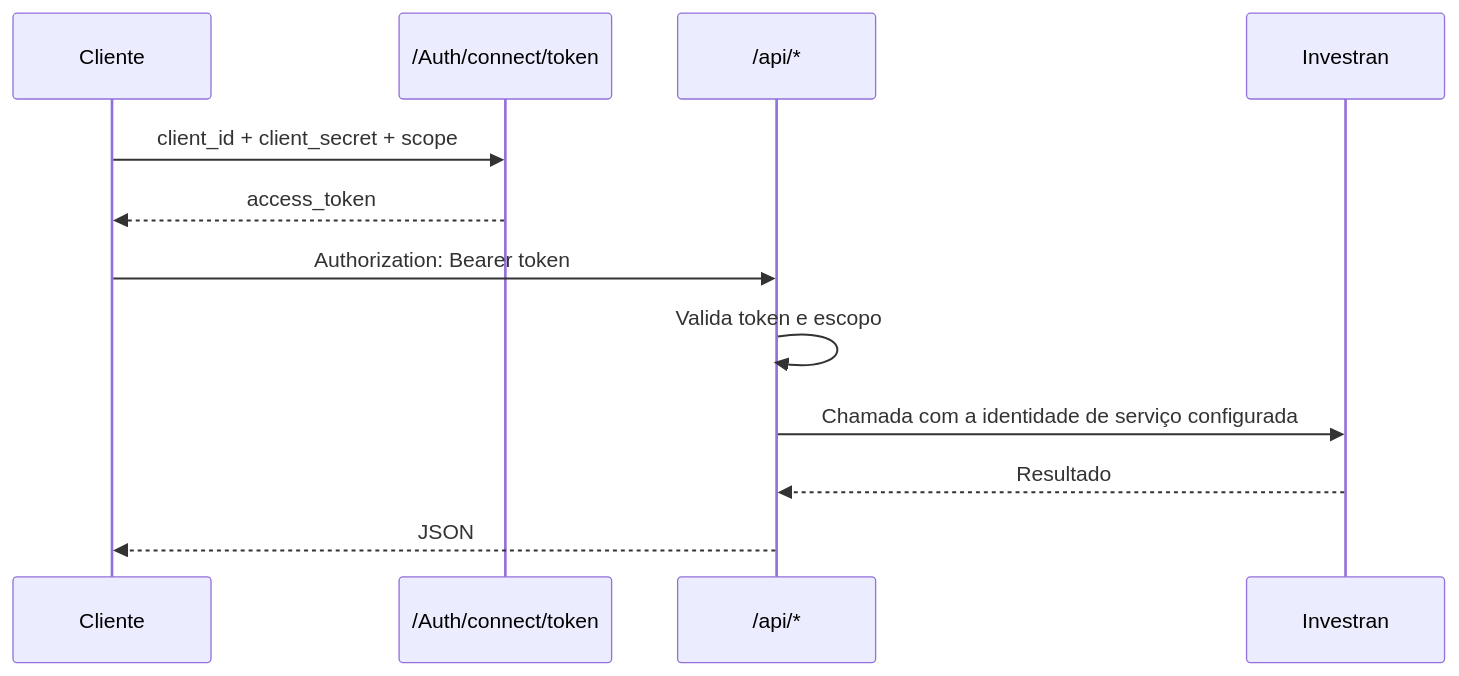
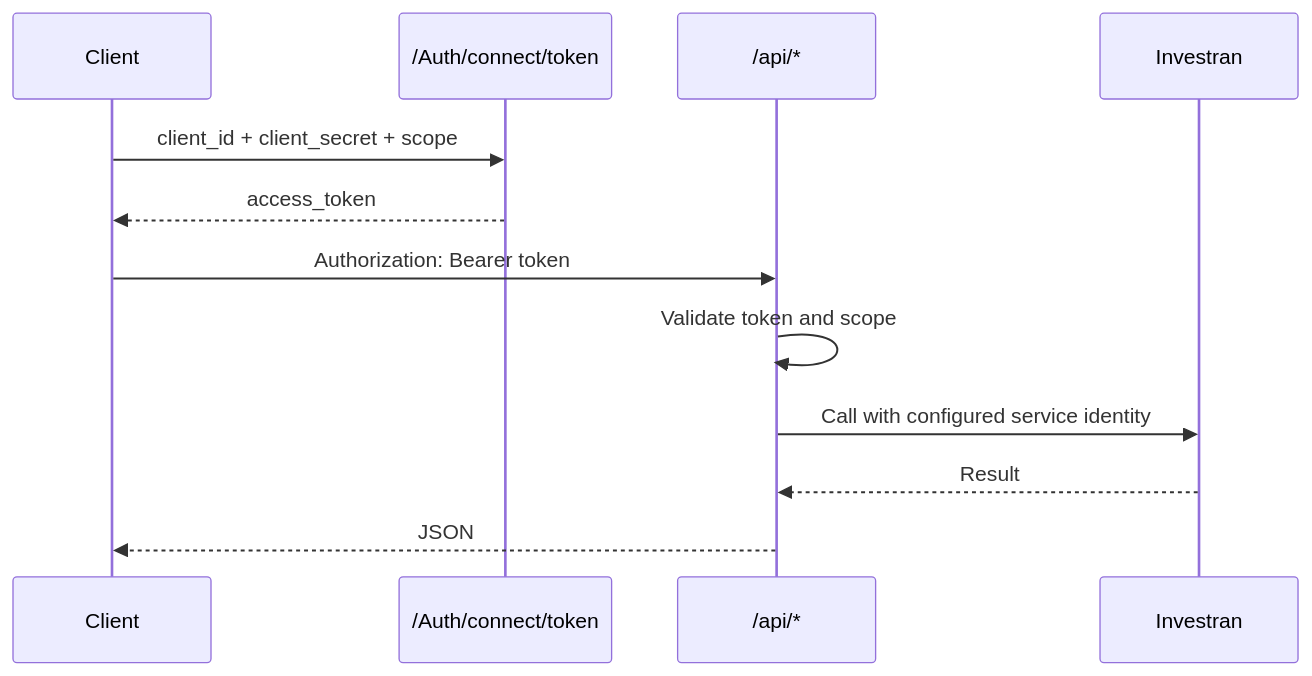
The diagram in docs/api/authentication.md (msekimoto/investran), drawn with Mermaid before and after one commit. The commit also changed other lines of this file and 52 other files, not shown here.

````diff
--- a/docs/api/authentication.md
+++ b/docs/api/authentication.md
@@ -7,15 +7,15 @@
 ```mermaid
 sequenceDiagram
-    participant Cliente
+    participant Client
     participant Auth as /Auth/connect/token
     participant API as /api/*
     participant Investran
 
-    Cliente->>Auth: client_id + client_secret + scope
-    Auth-->>Cliente: access_token
-    Cliente->>API: Authorization: Bearer token
-    API->>API: Valida token e escopo
-    API->>Investran: Chamada com a identidade de serviço configurada
-    Investran-->>API: Resultado
-    API-->>Cliente: JSON
+    Client->>Auth: client_id + client_secret + scope
+    Auth-->>Client: access_token
+    Client->>API: Authorization: Bearer token
+    API->>API: Validate token and scope
+    API->>Investran: Call with configured service identity
+    Investran-->>API: Result
+    API-->>Client: JSON
 ```
````
